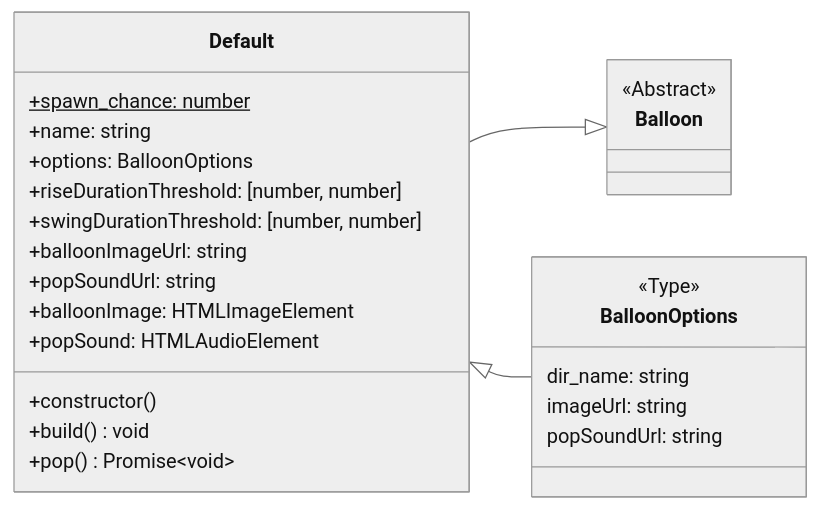
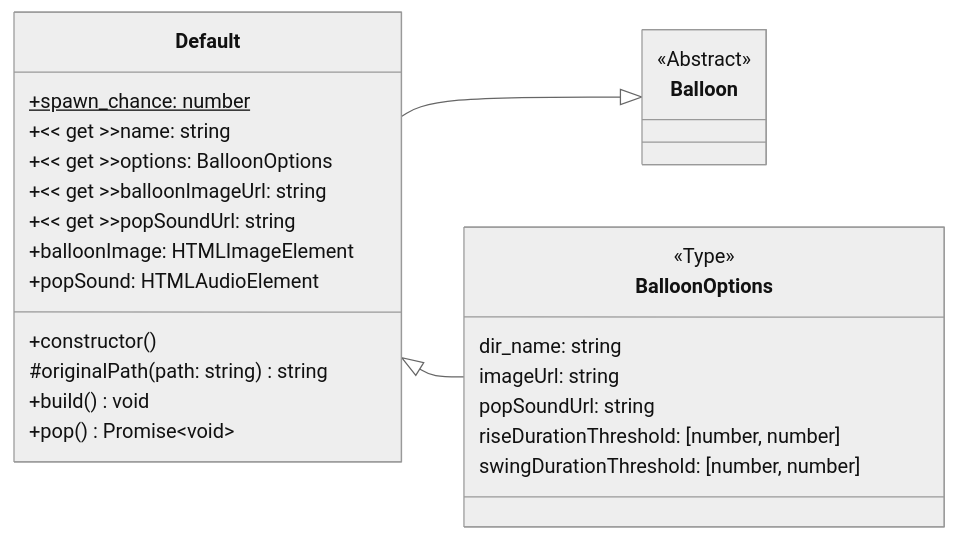
The third of 5 diagrams in docs/README.md (SimonStnn/pop-a-loon), drawn with Mermaid (neutral theme) before and after one commit.

Commit message:
Update default balloon documentation

````diff
--- a/docs/README.md
+++ b/docs/README.md
@@ -302,31 +302,32 @@
 ```mermaid
 classDiagram
 direction LR
 class Balloon { <<Abstract>> }
 click Balloon href "#abstract-balloon-class" "Abstract balloon class"
 
 class Default {
   +spawn_chance: number$
-  +name: string
-  +options: BalloonOptions
-  +riseDurationThreshold: [number, number]
-  +swingDurationThreshold: [number, number]
-  +balloonImageUrl: string
-  +popSoundUrl: string
+  +<< get >>name: string
+  +<< get >>options: BalloonOptions
+  +<< get >>balloonImageUrl: string
+  +<< get >>popSoundUrl: string
   +balloonImage: HTMLImageElement
   +popSound: HTMLAudioElement
   +constructor()
+  #originalPath(path: string) string
   +build() void
   +pop() Promise~void~
 }
 Default --|> Balloon
 
 class BalloonOptions {
   <<Type>>
   dir_name: string
   imageUrl: string
   popSoundUrl: string
+  riseDurationThreshold: [number, number]
+  swingDurationThreshold: [number, number]
 }
 
 Default <|-- BalloonOptions
 ```
````
